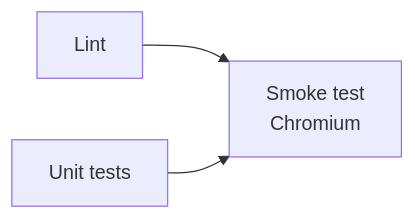
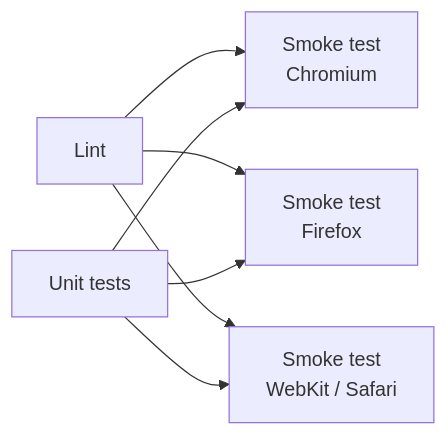
Before and after one commit to serbenda/dungeons-and-deployments: the second of 2 diagrams in docs/despliegue-y-versiones.md, drawn with Mermaid. The commit also changed other lines of this file and 14 other files, not shown here.

````diff
--- a/docs/despliegue-y-versiones.md
+++ b/docs/despliegue-y-versiones.md
@@ -31,5 +57,9 @@
 ```mermaid
 flowchart LR
   L[Lint] --> S[Smoke test<br>Chromium]
   U[Unit tests] --> S
+  L --> F[Smoke test<br>Firefox]
+  U --> F
+  L --> W[Smoke test<br>WebKit / Safari]
+  U --> W
 ```
````
